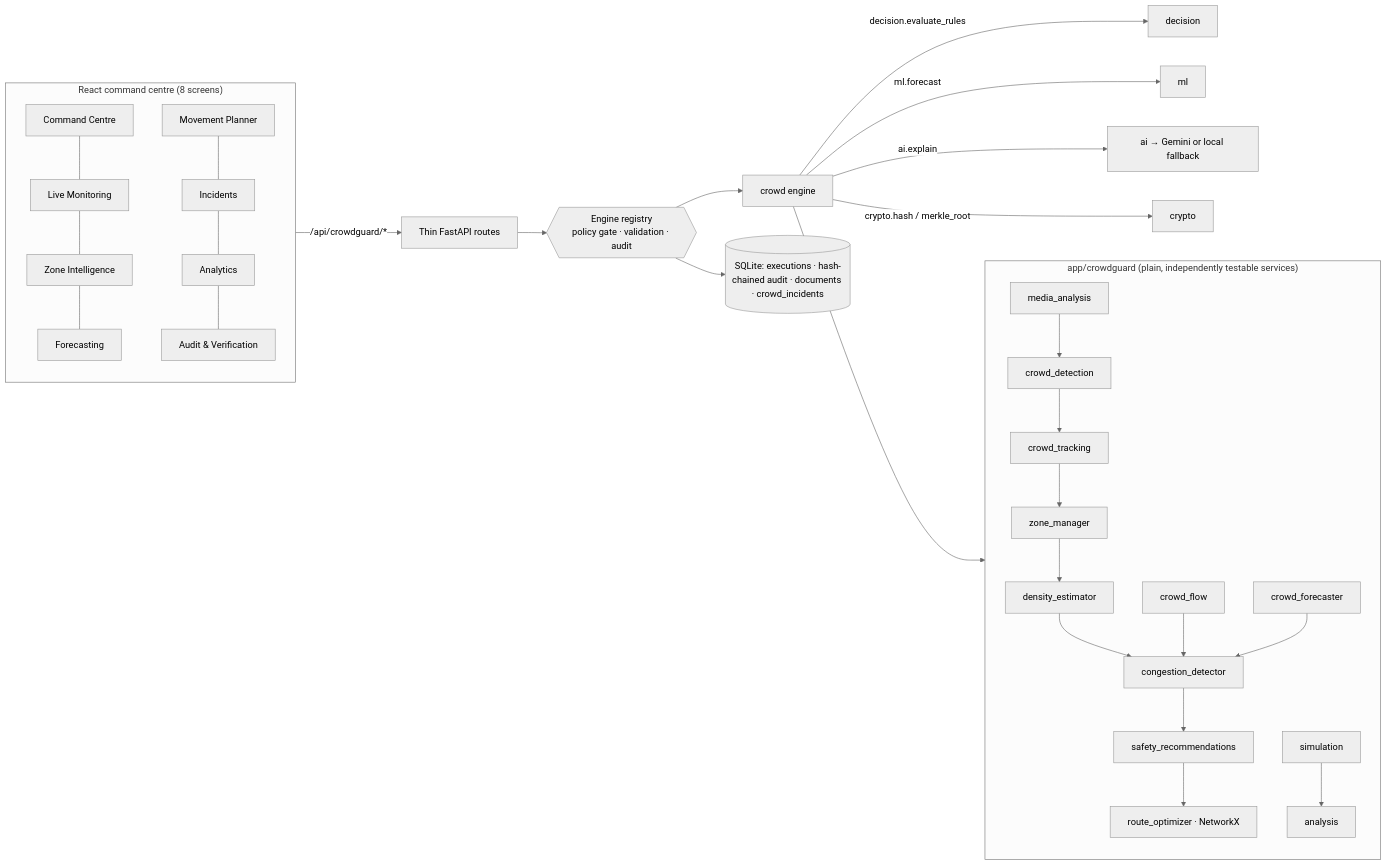
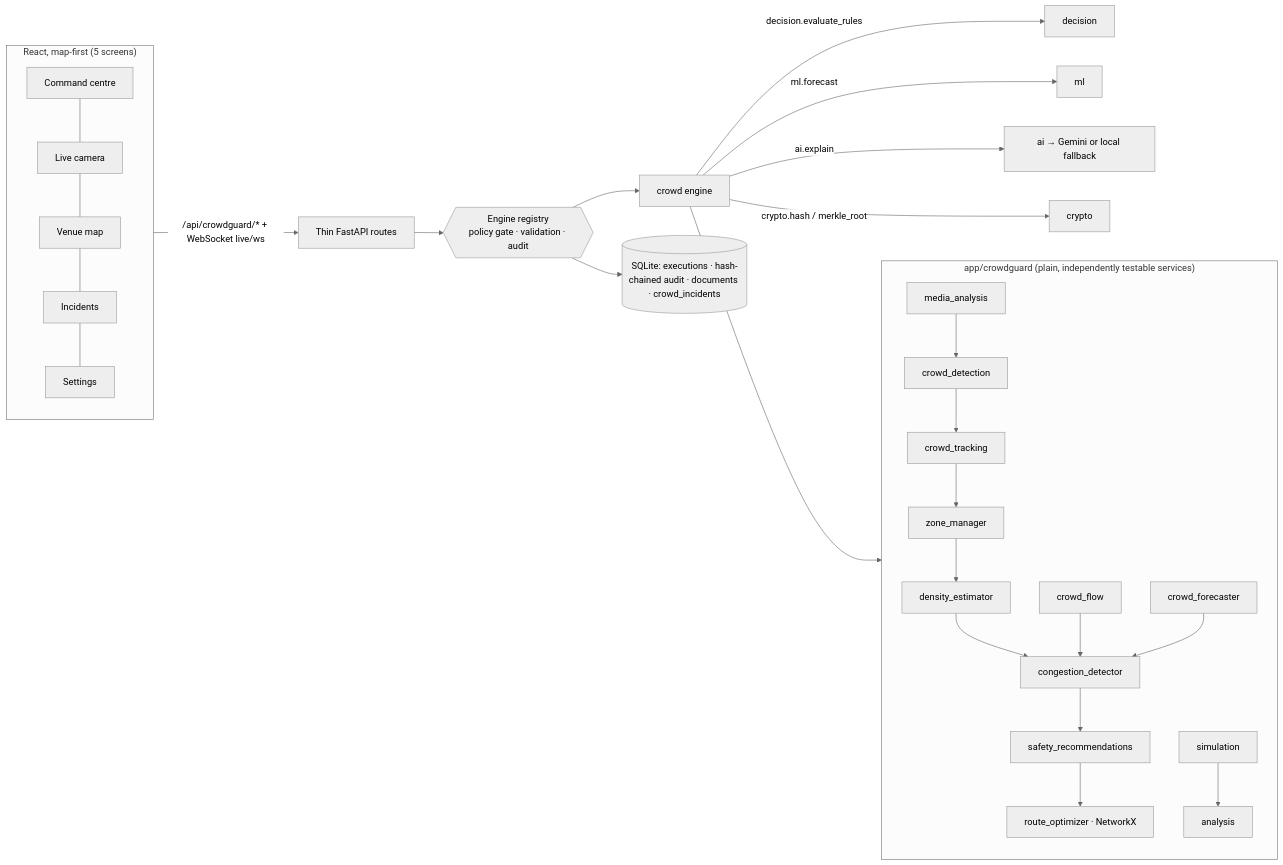
The diagram in docs/CROWDGUARD_ARCHITECTURE.md (Zynx095/bughunt), drawn with Mermaid (neutral theme) before and after one commit. The commit also changed other lines of this file and 6 other files, not shown here.

First line of the commit message:
docs: real-time architecture, measured performance, CROWDGUARD README

````diff
--- a/docs/CROWDGUARD_ARCHITECTURE.md
+++ b/docs/CROWDGUARD_ARCHITECTURE.md
@@ -32,25 +32,24 @@
 ```mermaid
 flowchart LR
-  subgraph UI["React command centre (8 screens)"]
-    CC[Command Centre] --- LM[Live Monitoring] --- ZI[Zone Intelligence] --- CF[Forecasting]
-    MP[Movement Planner] --- IM[Incidents] --- AN[Analytics] --- AV[Audit & Verification]
+  subgraph UI["React, map-first (5 screens)"]
+    CC[Command centre] --- LC[Live camera] --- VM[Venue map] --- IH[Incidents] --- SE[Settings]
   end
-  UI -- "/api/crowdguard/*" --> R[Thin FastAPI routes]
+  UI -- "/api/crowdguard/* + WebSocket live/ws" --> R[Thin FastAPI routes]
   R --> REG{{"Engine registry<br/>policy gate · validation · audit"}}
   REG --> CROWD[crowd engine]
   CROWD -- "decision.evaluate_rules" --> DEC[decision]
   CROWD -- "ml.forecast" --> ML[ml]
   CROWD -- "ai.explain" --> AI[ai → Gemini or local fallback]
   CROWD -- "crypto.hash / merkle_root" --> CR[crypto]
   CROWD --> SVC
   subgraph SVC["app/crowdguard (plain, independently testable services)"]
     DET[crowd_detection] --> TRK[crowd_tracking] --> ZM[zone_manager]
     ZM --> DEN[density_estimator] --> CON[congestion_detector]
     FLOW[crowd_flow] --> CON
     FC[crowd_forecaster] --> CON
     CON --> REC[safety_recommendations] --> RO[route_optimizer · NetworkX]
     SIM[simulation] --> AN2[analysis]
     MED[media_analysis] --> DET
   end
   REG --> DB[(SQLite: executions · hash-chained audit · documents · crowd_incidents)]
 ```
````
